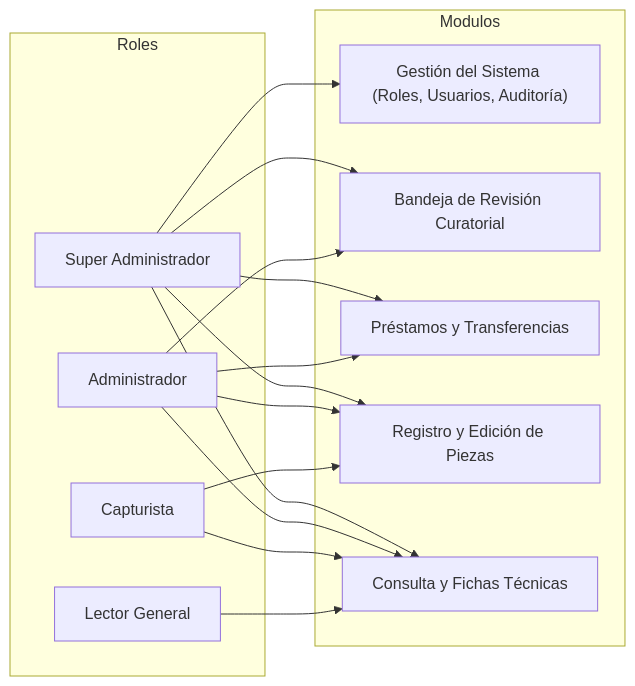
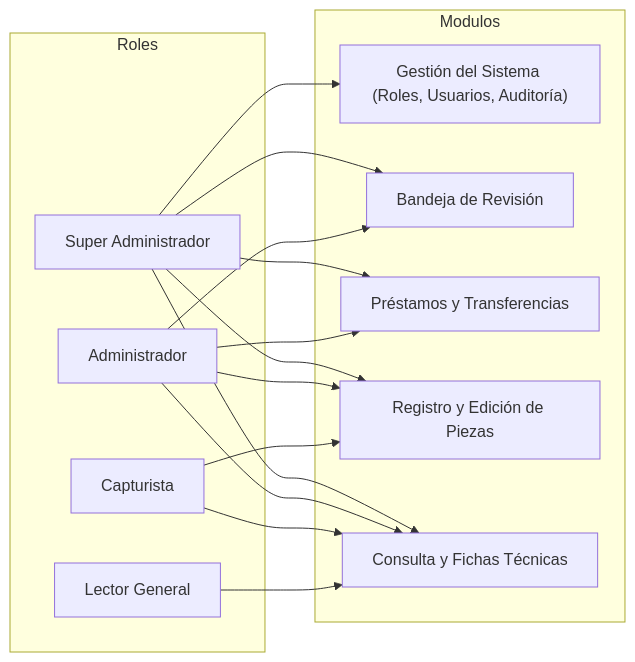
The second of 2 diagrams in boveda/documentacion/00 - MOC e Índices/01 - Mapa de Navegación del Sistema.md (Ladri2cop/acervo_cultural_server), drawn with Mermaid before and after one commit. The commit also changed other lines of this file and 26 other files, not shown here.

````diff
--- a/boveda/documentacion/00 - MOC e Índices/01 - Mapa de Navegación del Sistema.md
+++ b/boveda/documentacion/00 - MOC e Índices/01 - Mapa de Navegación del Sistema.md
@@ -90,33 +90,33 @@
 ```mermaid
 graph LR
     subgraph Roles
         SA["Super Administrador"]
         AD["Administrador"]
         CP["Capturista"]
         LG["Lector General"]
     end
 
     subgraph Modulos
         M_Admin["Gestión del Sistema (Roles, Usuarios, Auditoría)"]
-        M_Rev["Bandeja de Revisión Curatorial"]
+        M_Rev["Bandeja de Revisión"]
         M_Mov["Préstamos y Transferencias"]
         M_Reg["Registro y Edición de Piezas"]
         M_Con["Consulta y Fichas Técnicas"]
     end
 
     SA --> M_Admin
     SA --> M_Rev
     SA --> M_Mov
     SA --> M_Reg
     SA --> M_Con
 
     AD --> M_Rev
     AD --> M_Mov
     AD --> M_Reg
     AD --> M_Con
 
     CP --> M_Reg
     CP --> M_Con
     
     LG --> M_Con
 ```
````
